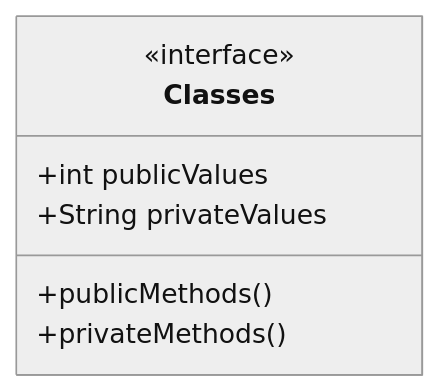
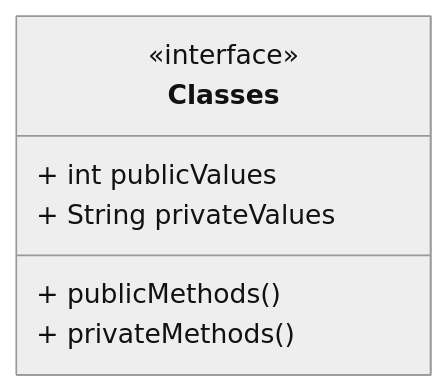
Before and after one commit to steve-fforde/animal-kingdom: the diagram in docs/WEEK_01.md, drawn with Mermaid (neutral theme). The commit also changed 1 other file, not shown here.

Commit message:
improved

````diff
--- a/docs/WEEK_01.md
+++ b/docs/WEEK_01.md
@@ -71,10 +71,10 @@
 ```mermaid
 classDiagram
     class Classes {
         <<interface>>
-        +int publicValues
-        +String privateValues
-        +publicMethods()
-        +privateMethods()
+        + int publicValues
+        + String privateValues
+        + publicMethods()
+        + privateMethods()
     }
 ``` 
````
